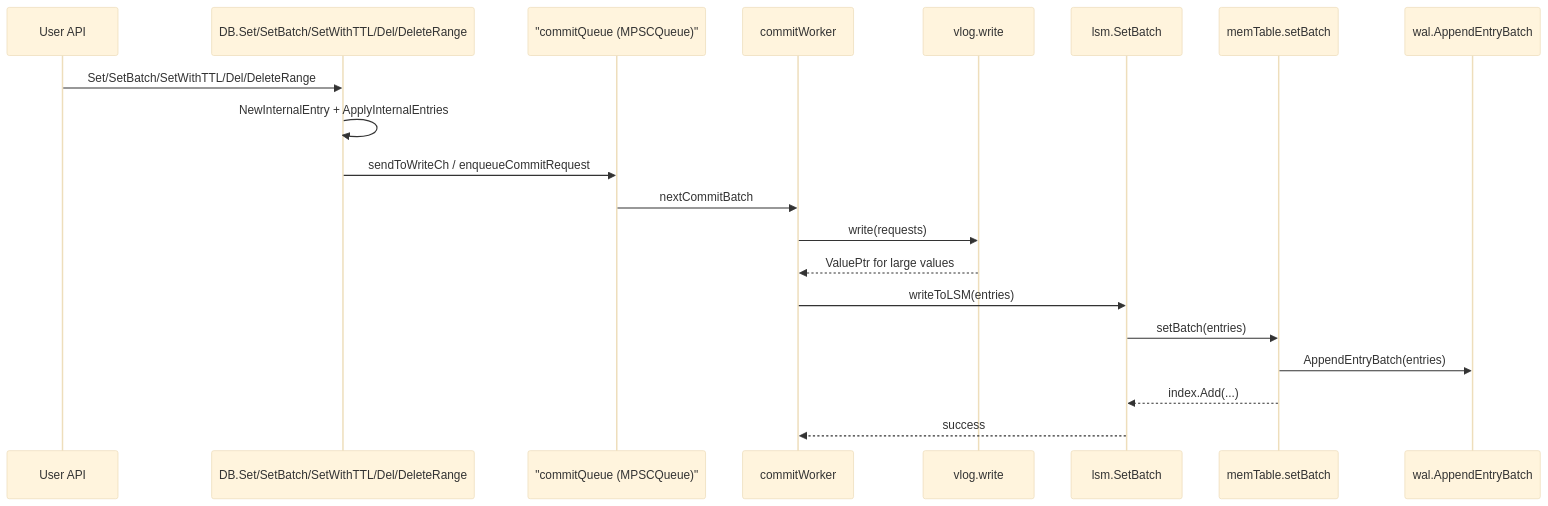
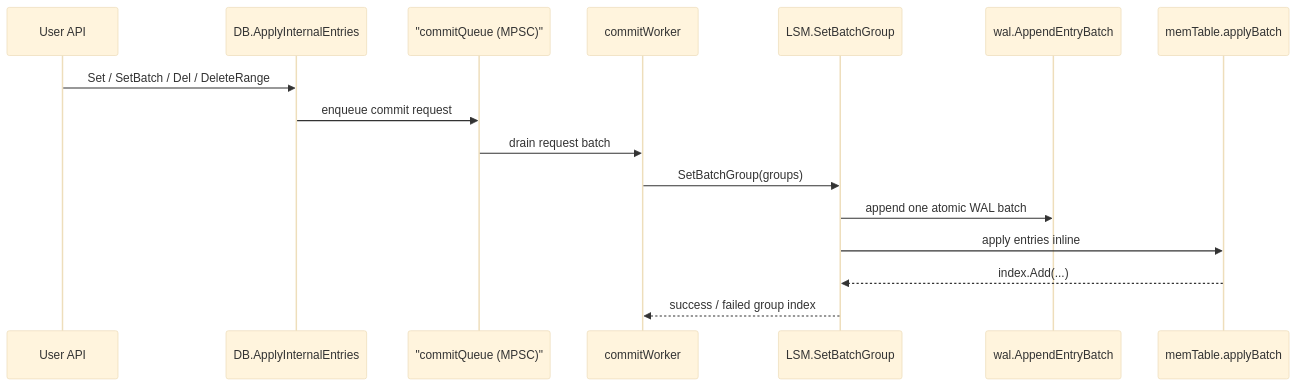
Before and after one commit to feichai0017/NoKV: the first of 3 diagrams in docs/runtime.md, drawn with Mermaid (base theme). The commit also changed other lines of this file and 111 other files, not shown here.

````diff
--- a/docs/runtime.md
+++ b/docs/runtime.md
@@ -46,22 +23,18 @@
 ```mermaid
 sequenceDiagram
     participant U as User API
-    participant DB as DB.Set/SetBatch/SetWithTTL/Del/DeleteRange
-    participant Q as "commitQueue (MPSCQueue)"
+    participant DB as DB.ApplyInternalEntries
+    participant Q as "commitQueue (MPSC)"
     participant W as commitWorker
-    participant V as vlog.write
-    participant L as lsm.SetBatch
-    participant M as memTable.setBatch
+    participant L as LSM.SetBatchGroup
     participant WAL as wal.AppendEntryBatch
-    U->>DB: Set/SetBatch/SetWithTTL/Del/DeleteRange
-    DB->>DB: NewInternalEntry + ApplyInternalEntries
-    DB->>Q: sendToWriteCh / enqueueCommitRequest
-    Q->>W: nextCommitBatch
-    W->>V: write(requests)
-    V-->>W: ValuePtr for large values
-    W->>L: writeToLSM(entries)
-    L->>M: setBatch(entries)
-    M->>WAL: AppendEntryBatch(entries)
+    participant M as memTable.applyBatch
+    U->>DB: Set / SetBatch / Del / DeleteRange
+    DB->>Q: enqueue commit request
+    Q->>W: drain request batch
+    W->>L: SetBatchGroup(groups)
+    L->>WAL: append one atomic WAL batch
+    L->>M: apply entries inline
     M-->>L: index.Add(...)
-    L-->>W: success
+    L-->>W: success / failed group index
 ```
````
